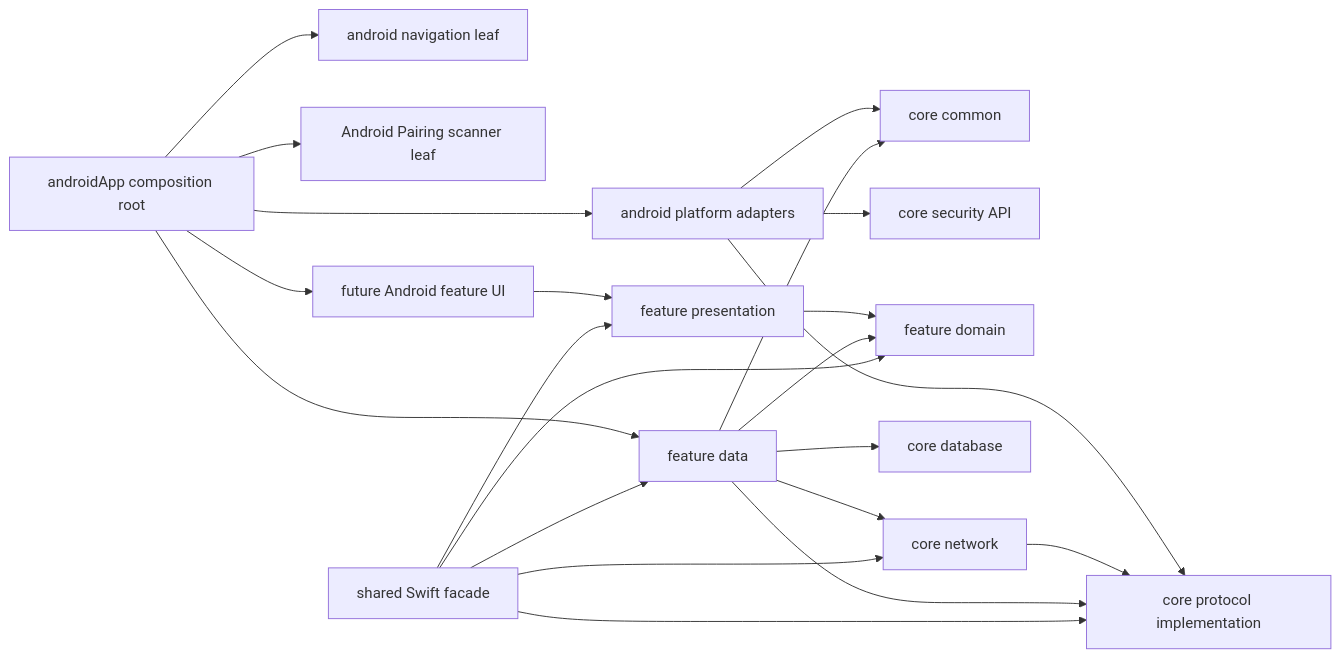
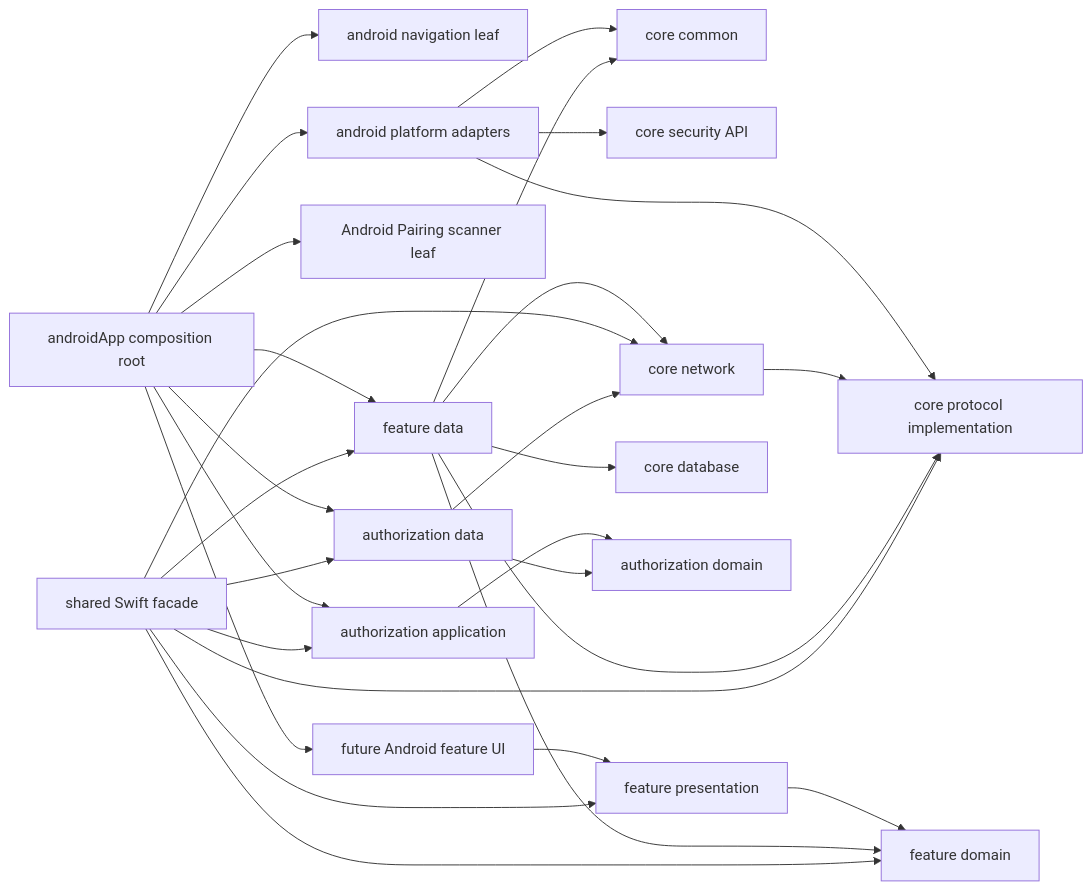
The diagram in mobile/docs/architecture.md (VictorSkurchik/rotki), drawn with Mermaid before and after one commit. The commit also changed other lines of this file and 5 other files, not shown here.

````diff
--- a/mobile/docs/architecture.md
+++ b/mobile/docs/architecture.md
@@ -179,24 +183,31 @@
 ```mermaid
 flowchart LR
     AndroidApp["androidApp composition root"] --> AndroidNavigation["android navigation leaf"]
     AndroidApp --> AndroidPlatform["android platform adapters"]
     AndroidPlatform --> Common["core common"]
     AndroidPlatform --> SecurityApi["core security API"]
     AndroidPlatform --> Protocol
     AndroidApp --> AndroidPairingScanner["Android Pairing scanner leaf"]
     AndroidApp["androidApp composition root"] --> AndroidFeature["future Android feature UI"]
     AndroidFeature --> Presentation["feature presentation"]
     Presentation --> Domain["feature domain"]
     Data["feature data"] --> Domain
     Data --> Common["core common"]
     Data --> Network["core network"]
     Network --> Protocol["core protocol implementation"]
     Data --> Protocol
     Data --> Database["core database"]
     AndroidApp --> Data
     Shared["shared Swift facade"] --> Presentation
     Shared --> Domain
     Shared --> Data
     Shared --> Protocol
     Shared --> Network
+    AndroidApp --> AuthorizationApplication["authorization application"]
+    Shared --> AuthorizationApplication
+    AuthorizationApplication --> AuthorizationDomain["authorization domain"]
+    AuthorizationData["authorization data"] --> AuthorizationDomain
+    AuthorizationData --> Network
+    AndroidApp --> AuthorizationData
+    Shared --> AuthorizationData
 ```
````
